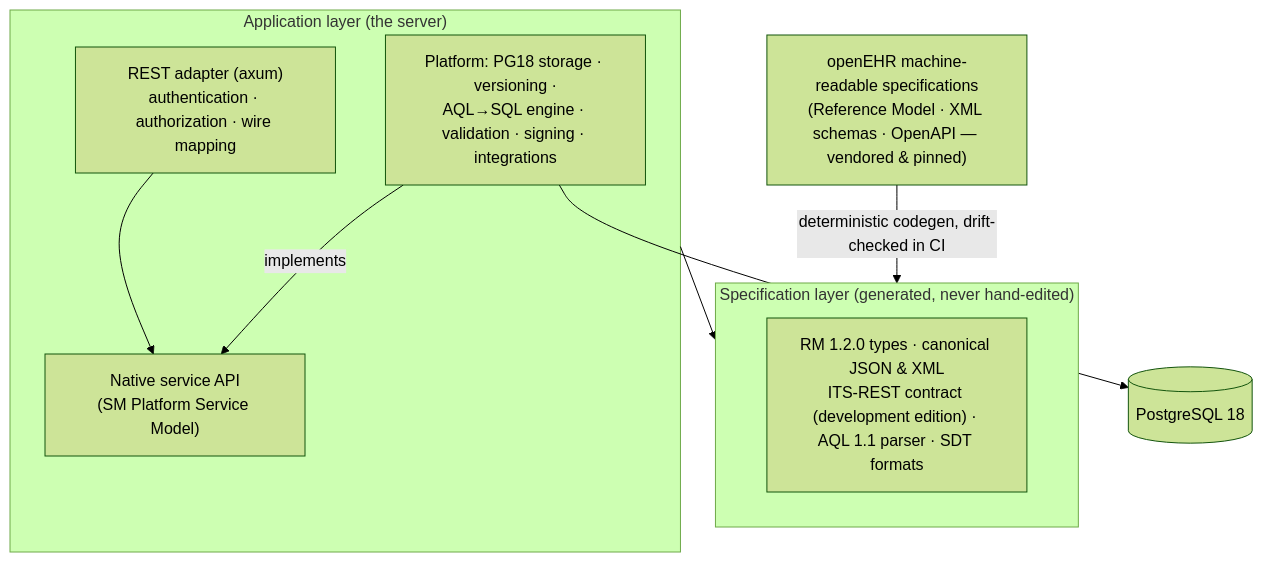
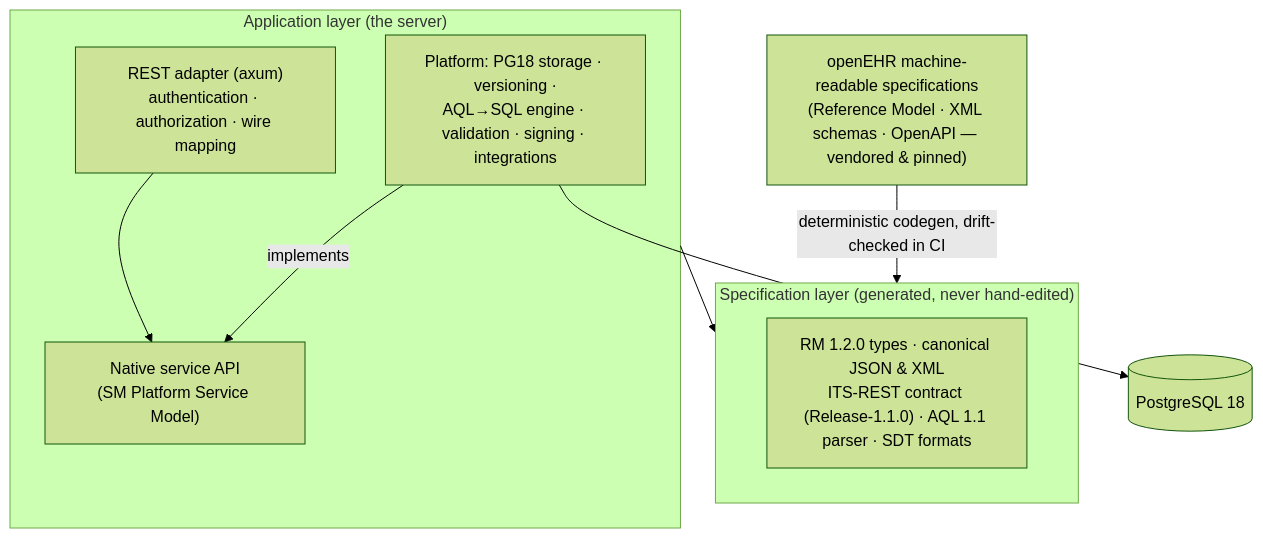
One commit to rubentalstra/FerroEHR changed the diagram in website/book/src/concepts/architecture.md. Above: the diagram before and after it, drawn with Mermaid (forest theme). The commit also changed 118 other files, not shown here.

First line of the commit message:
feat: adopt ITS-REST Release-1.1.0 — the single supported REST API version

````diff
--- a/website/book/src/concepts/architecture.md
+++ b/website/book/src/concepts/architecture.md
@@ -12,22 +12,22 @@
 ```mermaid
 flowchart TB
     specs["openEHR machine-readable specifications<br/>(Reference Model · XML schemas · OpenAPI — vendored &amp; pinned)"]
 
     subgraph gen ["Specification layer (generated, never hand-edited)"]
-        types["RM 1.2.0 types · canonical JSON &amp; XML<br/>ITS-REST contract (development edition) · AQL 1.1 parser · SDT formats"]
+        types["RM 1.2.0 types · canonical JSON &amp; XML<br/>ITS-REST contract (Release-1.1.0) · AQL 1.1 parser · SDT formats"]
     end
 
     subgraph app ["Application layer (the server)"]
         rest["REST adapter (axum)<br/>authentication · authorization · wire mapping"]
         sm["Native service API<br/>(SM Platform Service Model)"]
         core["Platform: PG18 storage · versioning ·<br/>AQL→SQL engine · validation · signing · integrations"]
     end
 
     db[("PostgreSQL 18")]
 
     specs -->|deterministic codegen, drift-checked in CI| gen
     rest --> sm
     core -->|implements| sm
     app --> gen
     core --> db
 ```
````
